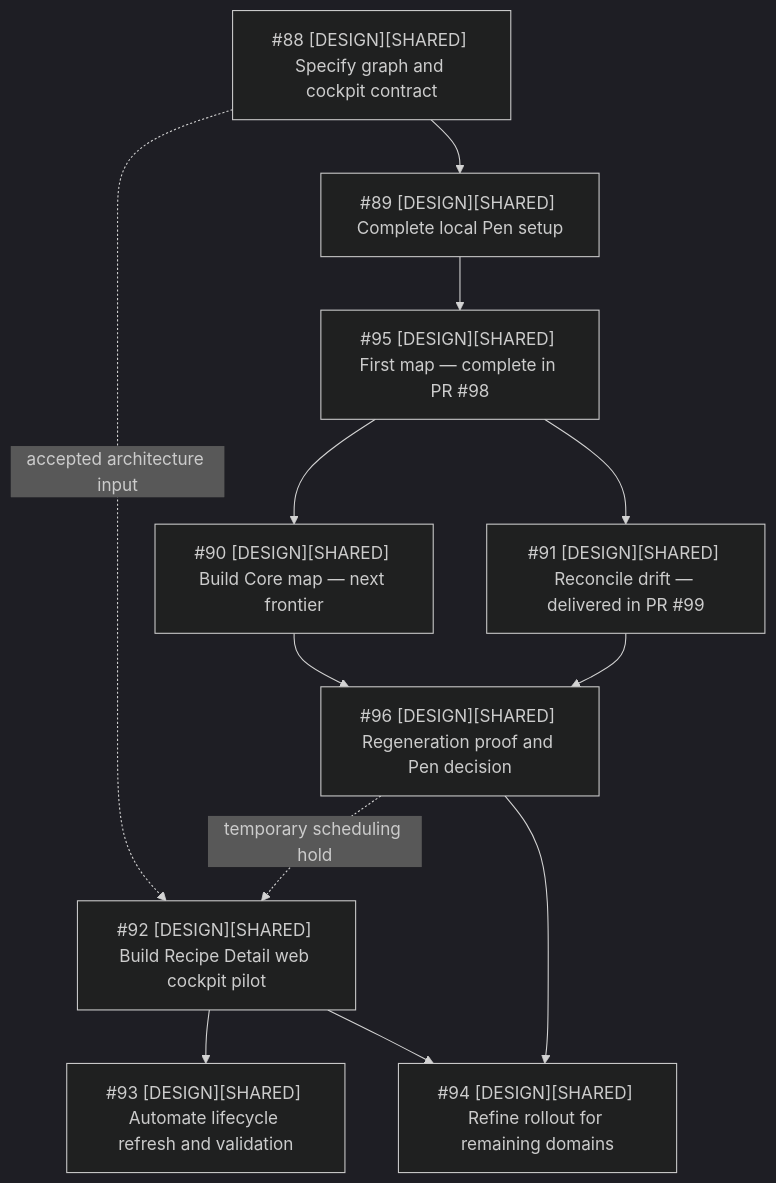
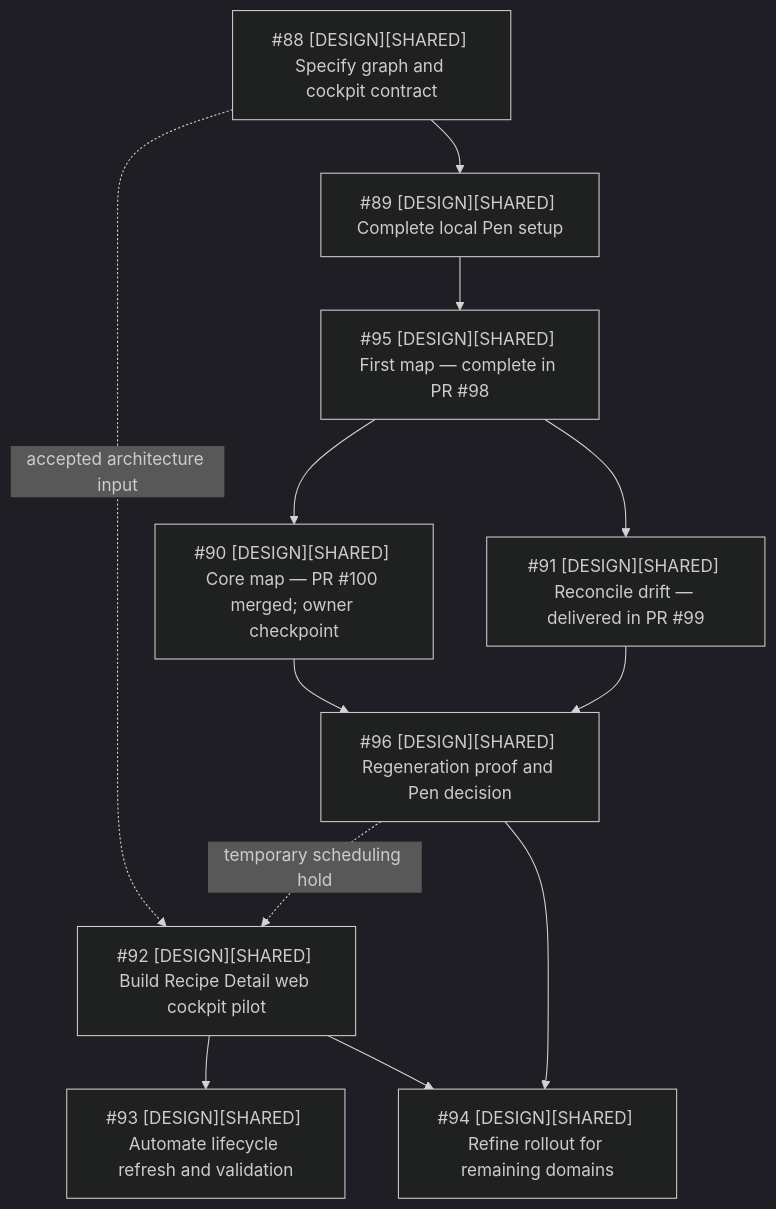
Before and after one commit to starkovalera/recipe-manager: the diagram in design/shared/design-operations-cockpit-spec.md, drawn with Mermaid (dark theme). The commit also changed 3 other files, not shown here.

````diff
--- a/design/shared/design-operations-cockpit-spec.md
+++ b/design/shared/design-operations-cockpit-spec.md
@@ -362,25 +362,25 @@
 ```mermaid
 flowchart TD
   spec["#88 [DESIGN][SHARED] Specify graph and cockpit contract"]
   setup["#89 [DESIGN][SHARED] Complete local Pen setup"]
   first["#95 [DESIGN][SHARED] First map — complete in PR #98"]
-  core["#90 [DESIGN][SHARED] Build Core map — next frontier"]
+  core["#90 [DESIGN][SHARED] Core map — PR #100 merged; owner checkpoint"]
   maintenance["#91 [DESIGN][SHARED] Reconcile drift — delivered in PR #99"]
   decision["#96 [DESIGN][SHARED] Regeneration proof and Pen decision"]
   cockpit["#92 [DESIGN][SHARED] Build Recipe Detail web cockpit pilot"]
   automation["#93 [DESIGN][SHARED] Automate lifecycle refresh and validation"]
   refinement["#94 [DESIGN][SHARED] Refine rollout for remaining domains"]
 
   spec --> setup
   setup --> first
   first --> core
   first --> maintenance
   core --> decision
   maintenance --> decision
 
   spec -. accepted architecture input .-> cockpit
   decision -. temporary scheduling hold .-> cockpit
   cockpit --> automation
   cockpit --> refinement
   decision --> refinement
 ```
````
